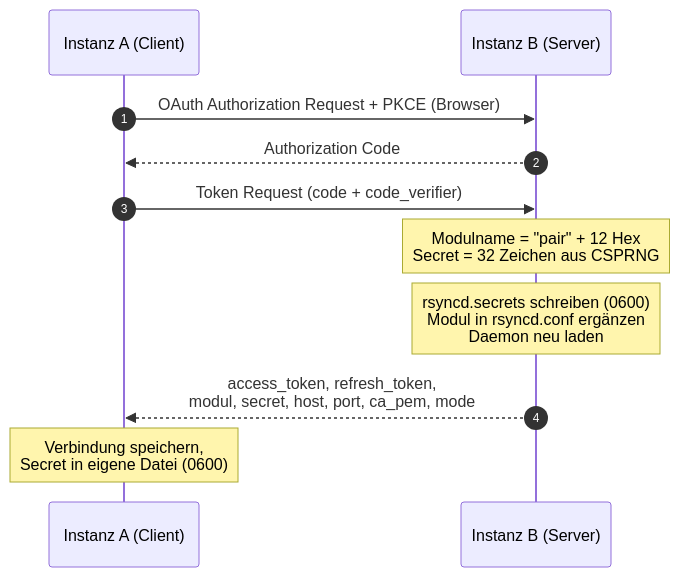
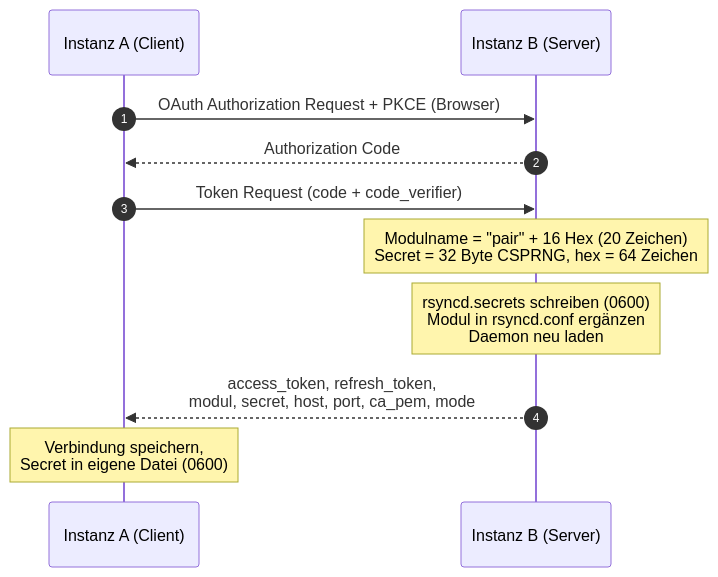
One commit to casparjones/rclone-gui changed the first of 2 diagrams in docs/rsync-transport.md. Above: the diagram before and after it, drawn with Mermaid. The commit also changed other lines of this file and 34 other files, not shown here.

````diff
--- a/docs/rsync-transport.md
+++ b/docs/rsync-transport.md
@@ -220,13 +258,13 @@
 ```mermaid
 sequenceDiagram
     autonumber
     participant A as Instanz A (Client)
     participant B as Instanz B (Server)
     A->>B: OAuth Authorization Request + PKCE (Browser)
     B-->>A: Authorization Code
     A->>B: Token Request (code + code_verifier)
-    Note over B: Modulname = "pair" + 12 Hex<br/>Secret = 32 Zeichen aus CSPRNG
+    Note over B: Modulname = "pair" + 16 Hex (20 Zeichen)<br/>Secret = 32 Byte CSPRNG, hex = 64 Zeichen
     Note over B: rsyncd.secrets schreiben (0600)<br/>Modul in rsyncd.conf ergänzen<br/>Daemon neu laden
     B-->>A: access_token, refresh_token,<br/>modul, secret, host, port, ca_pem, mode
     Note over A: Verbindung speichern,<br/>Secret in eigene Datei (0600)
 ```
````
